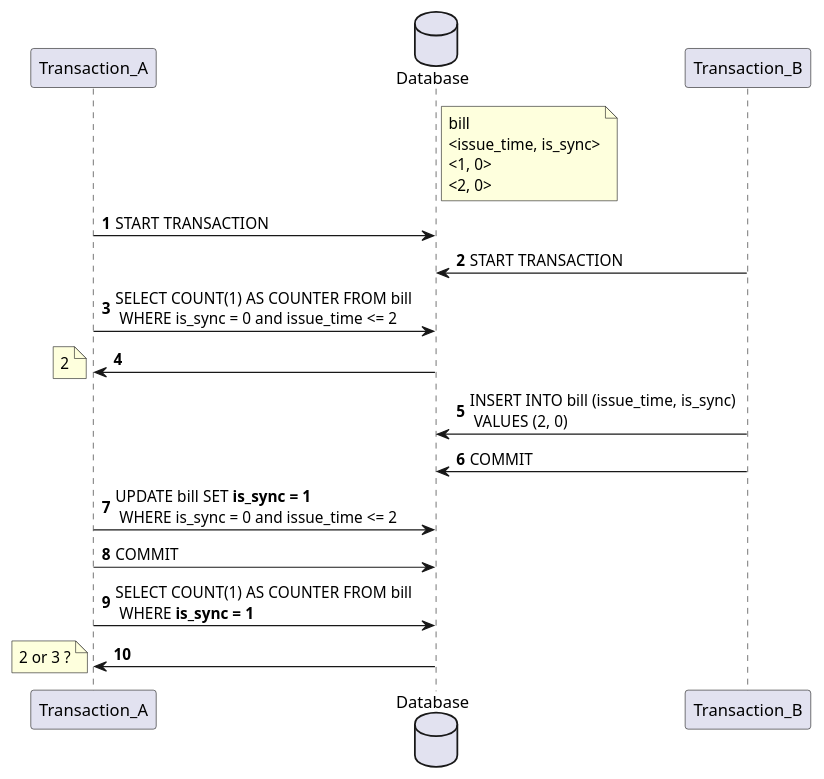
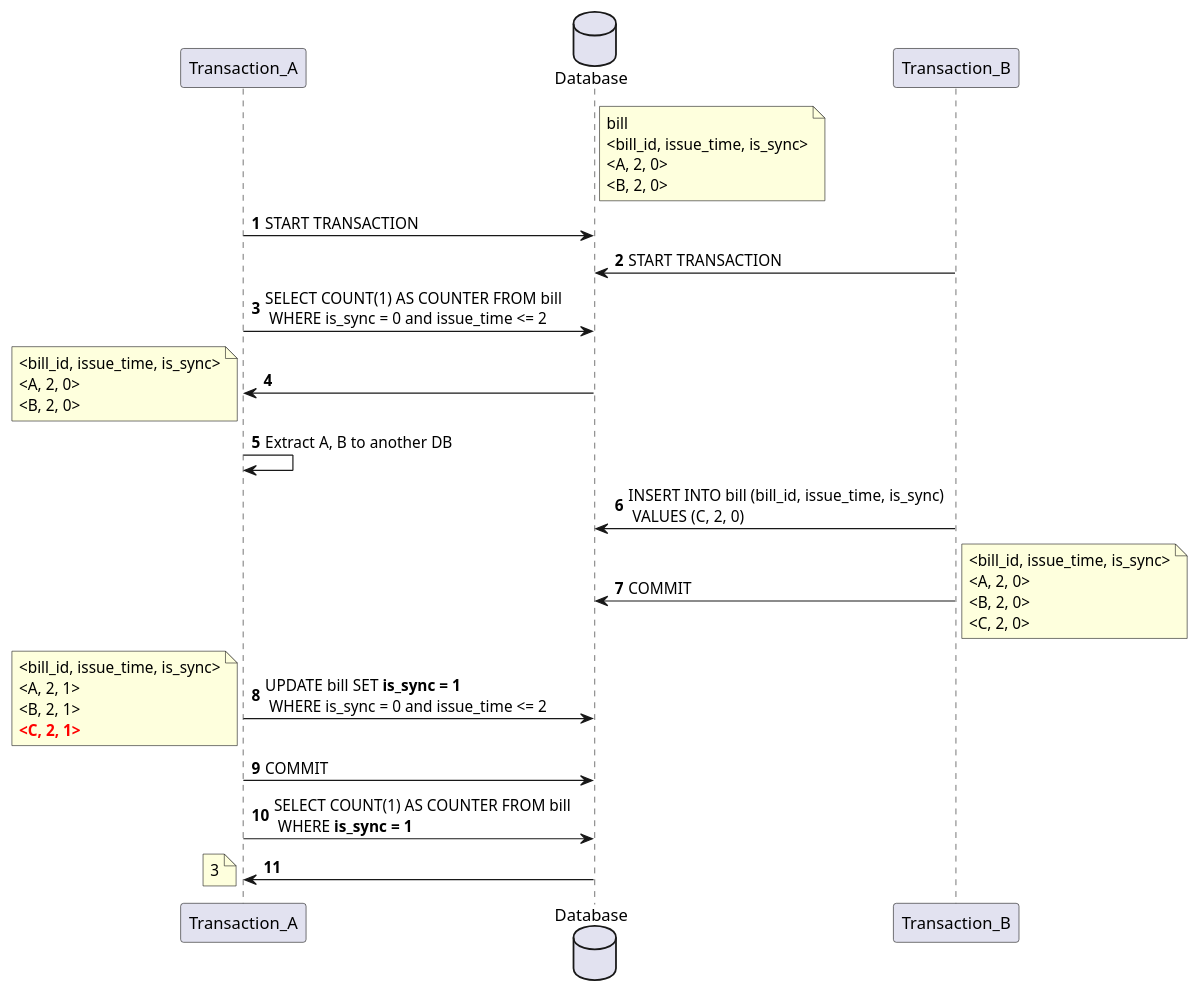
Before and after one commit to hongjhih77/snippet_database_test: the diagram in plantuml.puml, drawn with PlantUML. The commit also changed 1 other file, not shown here.

```diff
--- a/plantuml.puml
+++ b/plantuml.puml
@@ -1,34 +1,49 @@
 @startuml
 'https://plantuml.com/sequence-diagram
 
 participant Transaction_A as tranA
 database Database as DB
 participant Transaction_B as tranB
 
 autonumber
 note right of DB
 bill
-<issue_time, is_sync>
-<1, 0>
-<2, 0>
+<bill_id, issue_time, is_sync>
+<A, 2, 0>
+<B, 2, 0>
 end note
 
 tranA -> DB : START TRANSACTION
 tranB -> DB : START TRANSACTION
 tranA -> DB : SELECT COUNT(1) AS COUNTER FROM bill \n WHERE is_sync = 0 and issue_time <= 2
 DB -> tranA
 note left
-2
+<bill_id, issue_time, is_sync>
+<A, 2, 0>
+<B, 2, 0>
+end note
+tranA -> tranA : Extract A, B to another DB
+
+tranB -> DB : INSERT INTO bill (bill_id, issue_time, is_sync) \n VALUES (C, 2, 0)
+tranB -> DB : COMMIT
+note right
+<bill_id, issue_time, is_sync>
+<A, 2, 0>
+<B, 2, 0>
+<C, 2, 0>
 end note
 
-tranB -> DB : INSERT INTO bill (issue_time, is_sync) \n VALUES (2, 0)
-tranB -> DB : COMMIT
-
 tranA -> DB : UPDATE bill SET <b>is_sync = 1 \n WHERE is_sync = 0 and issue_time <= 2
+note left
+<bill_id, issue_time, is_sync>
+<A, 2, 1>
+<B, 2, 1>
+<font color=red><b><C, 2, 1></b>
+end note
 tranA -> DB : COMMIT
 tranA -> DB : SELECT COUNT(1) AS COUNTER FROM bill \n WHERE <b>is_sync = 1
 DB -> tranA
 note left
-2 or 3 ?
+3
 end note
 @enduml
```
